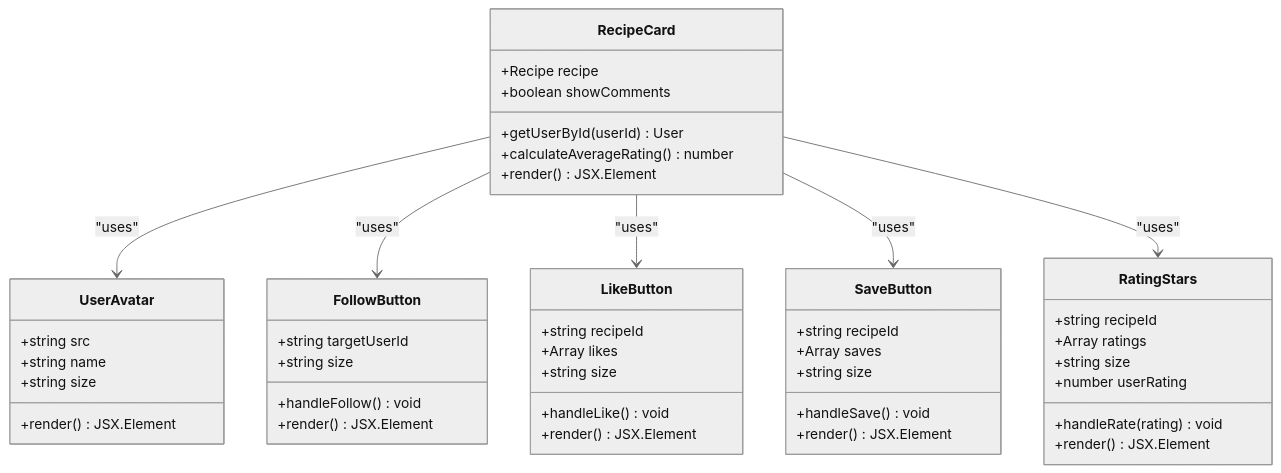
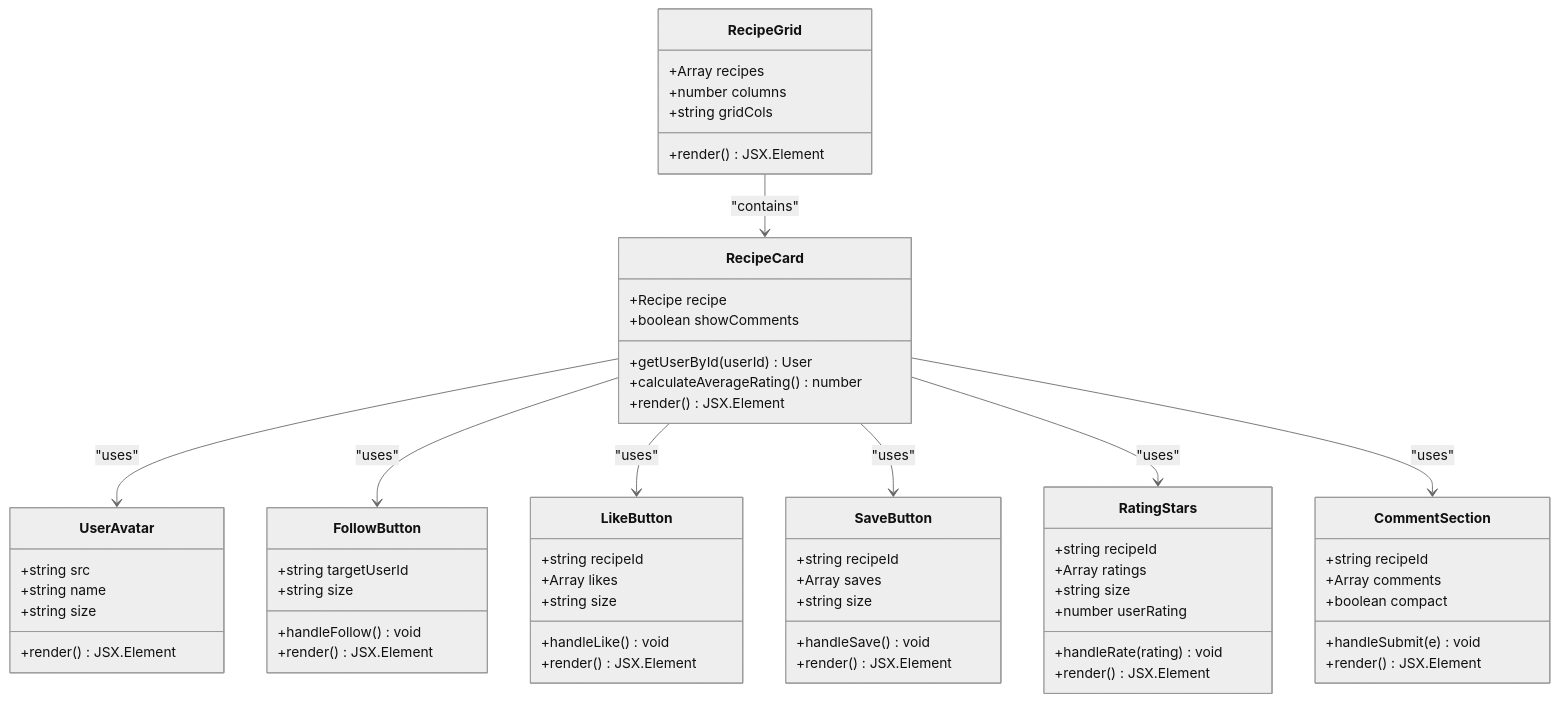
Before and after one commit to aayeshasiddiqah2611-pixel/flavora_ai_server: the tenth of 14 diagrams in .qoder/repowiki/en/content/Component System Architecture.md, drawn with Mermaid (neutral theme). The commit also changed other lines of this file and 20 other files, not shown here.

````diff
--- a/.qoder/repowiki/en/content/Component System Architecture.md
+++ b/.qoder/repowiki/en/content/Component System Architecture.md
@@ -317,49 +405,64 @@
 ```mermaid
 classDiagram
 class RecipeCard {
 +Recipe recipe
 +boolean showComments
 +getUserById(userId) User
 +calculateAverageRating() number
++render() JSX.Element
+}
+class RecipeGrid {
++Array recipes
++number columns
++string gridCols
 +render() JSX.Element
 }
 class UserAvatar {
 +string src
 +string name
 +string size
 +render() JSX.Element
 }
 class FollowButton {
 +string targetUserId
 +string size
 +handleFollow() void
 +render() JSX.Element
 }
 class LikeButton {
 +string recipeId
 +Array likes
 +string size
 +handleLike() void
 +render() JSX.Element
 }
 class SaveButton {
 +string recipeId
 +Array saves
 +string size
 +handleSave() void
 +render() JSX.Element
 }
 class RatingStars {
 +string recipeId
 +Array ratings
 +string size
 +number userRating
 +handleRate(rating) void
 +render() JSX.Element
 }
+class CommentSection {
++string recipeId
++Array comments
++boolean compact
++handleSubmit(e) void
++render() JSX.Element
+}
 RecipeCard --> UserAvatar : "uses"
 RecipeCard --> FollowButton : "uses"
 RecipeCard --> LikeButton : "uses"
 RecipeCard --> SaveButton : "uses"
 RecipeCard --> RatingStars : "uses"
+RecipeCard --> CommentSection : "uses"
+RecipeGrid --> RecipeCard : "contains"
 ```
````
